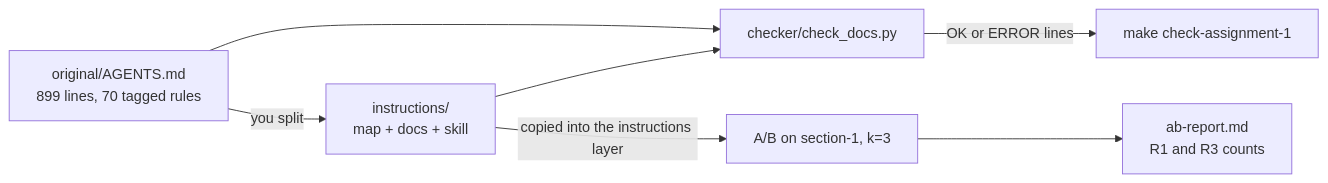
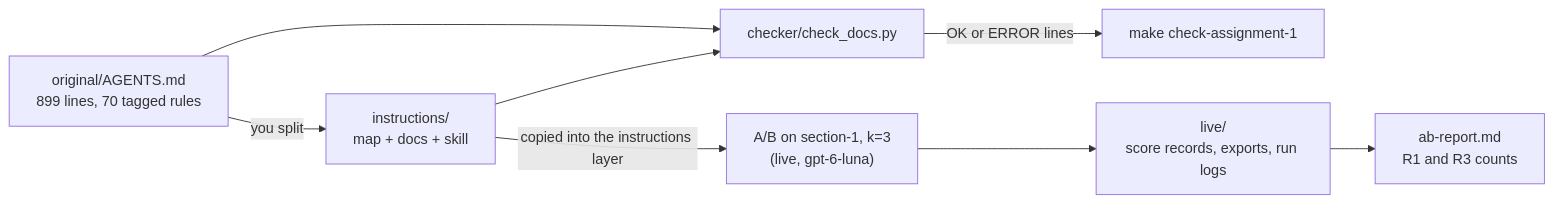
Before and after one commit to ANI-IN/shipharness-dev: the diagram in submodules/01-instructions/assignment/README.md, drawn with Mermaid. The commit also changed other lines of this file and 2 other files, not shown here.

Commit message:
docs(a1): the A/B as the required live step, evidence in live/, grader not referenced by path

````diff
--- a/submodules/01-instructions/assignment/README.md
+++ b/submodules/01-instructions/assignment/README.md
@@ -80,9 +85,10 @@
 ```mermaid
 flowchart LR
   O["original/AGENTS.md<br/>899 lines, 70 tagged rules"] -->|you split| T["instructions/<br/>map + docs + skill"]
   O --> C["checker/check_docs.py"]
   T --> C
   C -->|OK or ERROR lines| S["make check-assignment-1"]
-  T -->|copied into the instructions layer| AB["A/B on section-1, k=3"]
-  AB --> R["ab-report.md<br/>R1 and R3 counts"]
+  T -->|copied into the instructions layer| AB["A/B on section-1, k=3<br/>(live, gpt-6-luna)"]
+  AB --> L["live/<br/>score records, exports, run logs"]
+  L --> R["ab-report.md<br/>R1 and R3 counts"]
 ```
````
